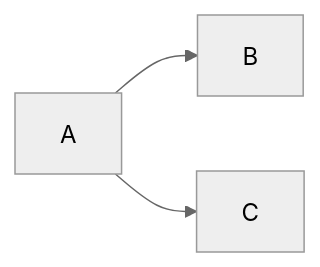
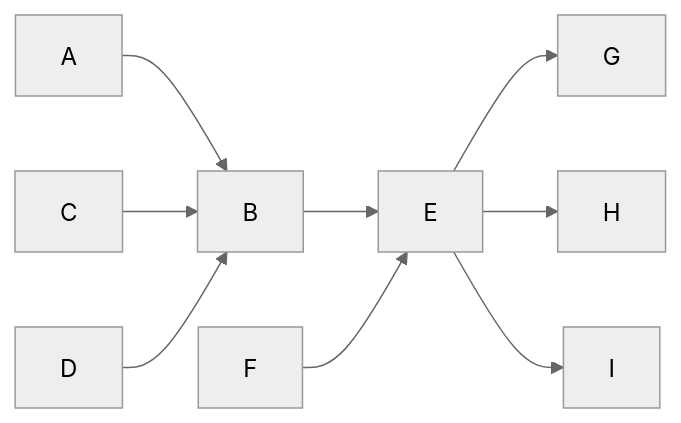
Before and after one commit to rishi18722/Rover-1: the diagram in README.md, drawn with Mermaid (neutral theme).

````diff
--- a/README.md
+++ b/README.md
@@ -3,5 +3,11 @@
 ```mermaid
 flowchart LR
-  A --> B
-A-->C
+ A --> B
+C --> B
+D --> B
+B --> E
+F --> E
+E --> G
+E --> H
+E --> I
 ```
````
